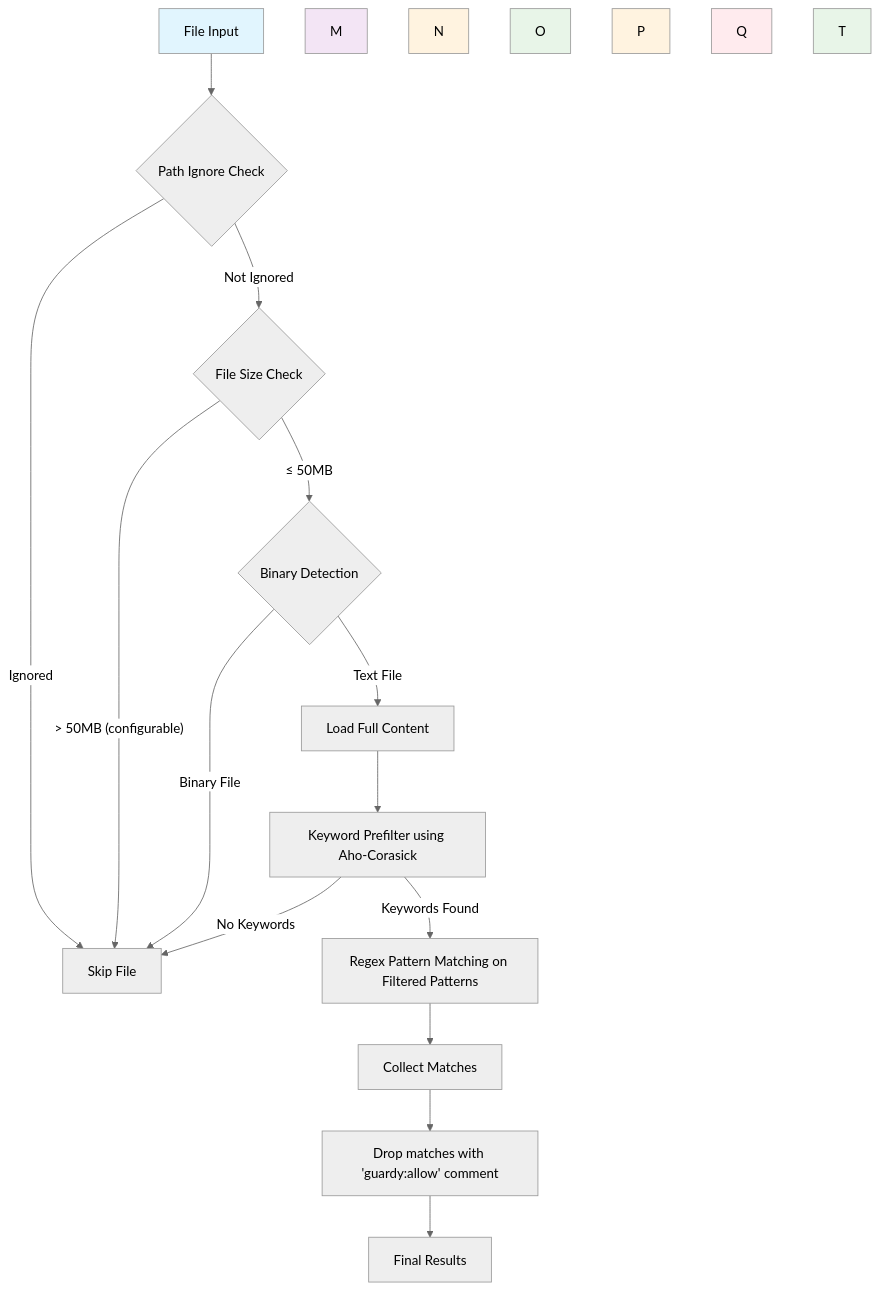
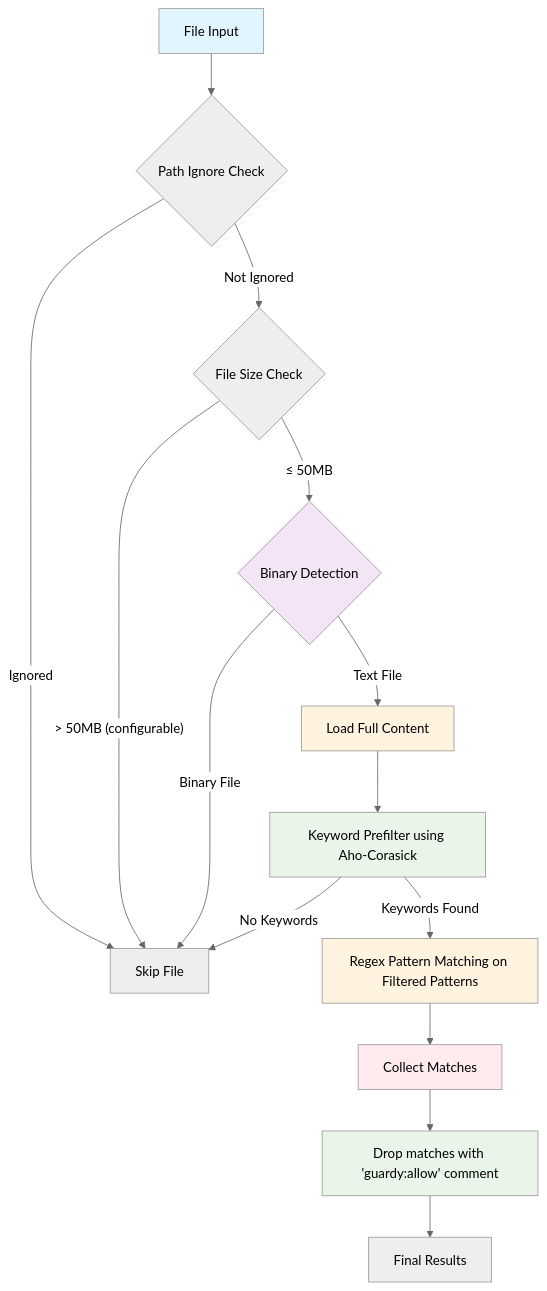
Before and after one commit to deepbrainspace/guardy: the diagram in plans/plan_optimized_scanner.md, drawn with Mermaid (neutral theme). The commit also changed other lines of this file, not shown here.

````diff
--- a/plans/plan_optimized_scanner.md
+++ b/plans/plan_optimized_scanner.md
@@ -19,24 +19,24 @@
 ```mermaid
 graph TD
     A[File Input] --> B{Path Ignore Check}
     B -->|Ignored| Z[Skip File]
     B -->|Not Ignored| C{File Size Check}
     C -->|"&gt; 50MB (configurable)"| Z[Skip File]
     C -->|"≤ 50MB"| D{Binary Detection}
     D -->|Binary File| Z
     D -->|Text File| G[Load Full Content]
     G --> H[Keyword Prefilter using Aho-Corasick]
     H -->|No Keywords| Z[Skip File]
     H -->|Keywords Found| I[Regex Pattern Matching on Filtered Patterns]
     I --> J[Collect Matches]
     J --> K[Drop matches with 'guardy:allow' comment]
     K --> L[Final Results]
     
     style A fill:#e1f5fe
-    style M fill:#f3e5f5
-    style N fill:#fff3e0
-    style O fill:#e8f5e8
-    style P fill:#fff3e0
-    style Q fill:#ffebee
-    style T fill:#e8f5e8
+    style D fill:#f3e5f5
+    style G fill:#fff3e0
+    style H fill:#e8f5e8
+    style I fill:#fff3e0
+    style J fill:#ffebee
+    style K fill:#e8f5e8
 ```
````
